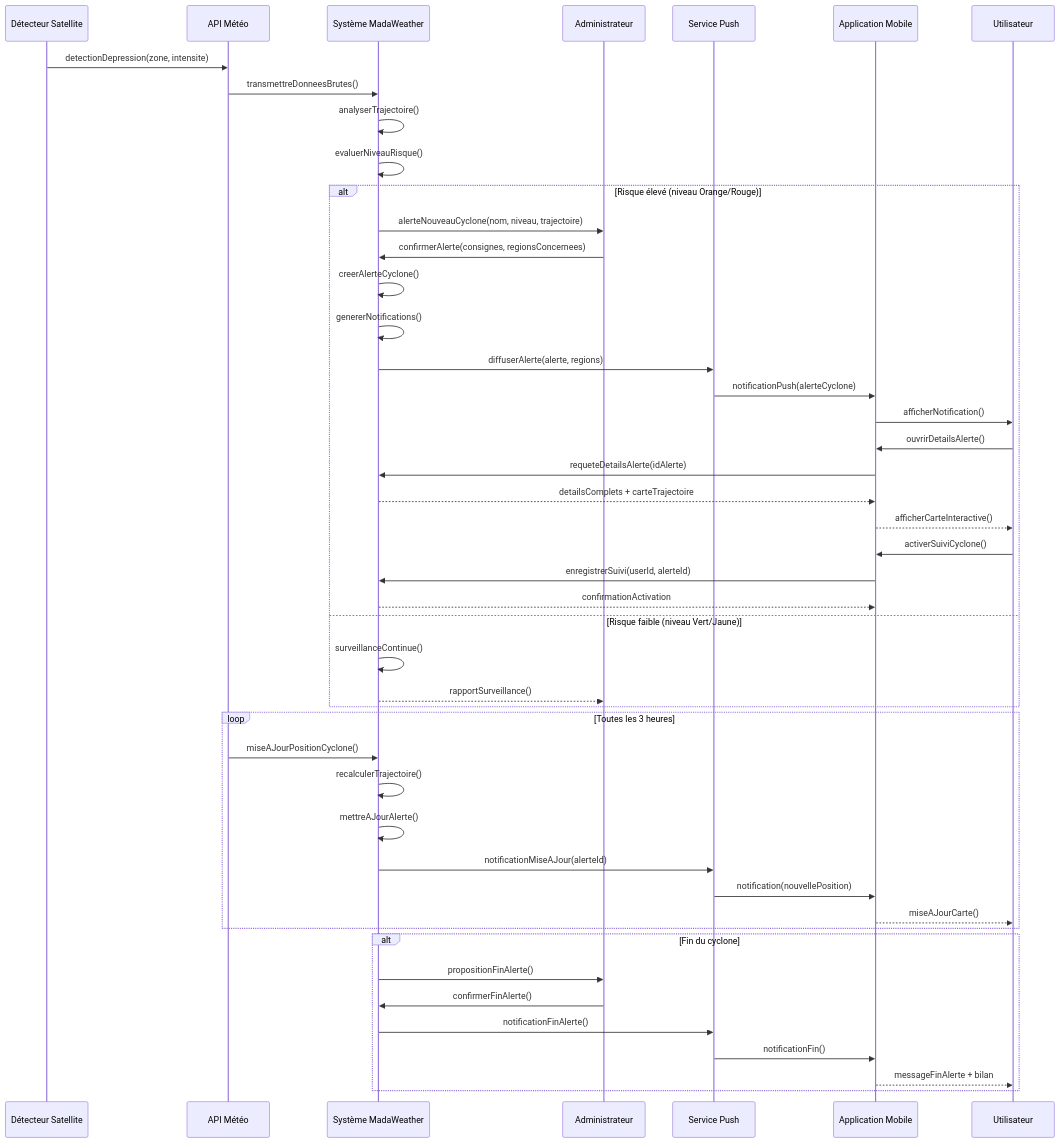
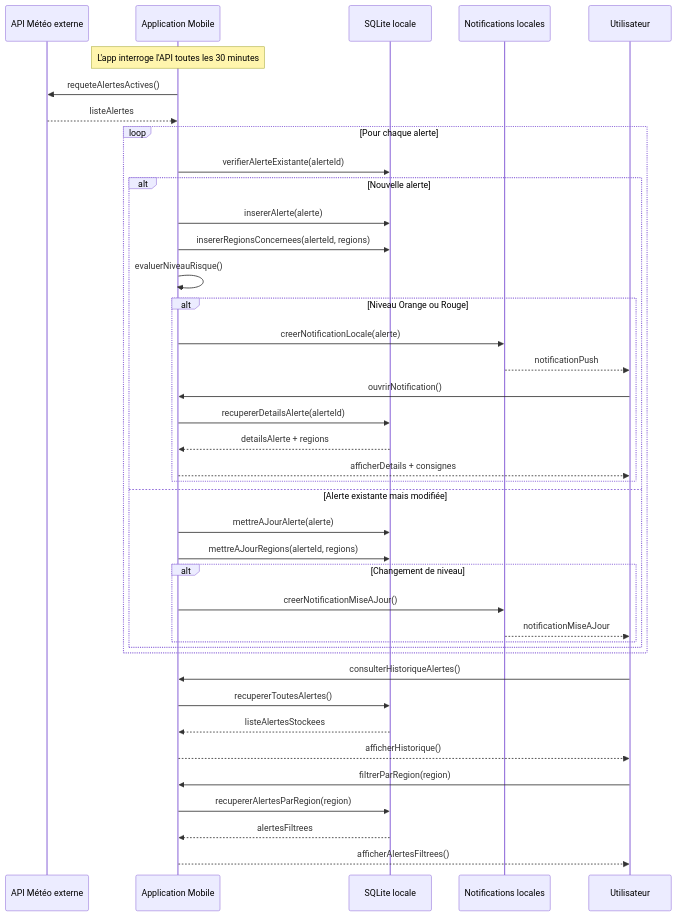
Before and after one commit to djenidisimple/meteoMada: the third of 5 diagrams in README.md, drawn with Mermaid. The commit also changed other lines of this file, not shown here.

````diff
--- a/README.md
+++ b/README.md
@@ -240,52 +189,50 @@
 ```mermaid
 sequenceDiagram
-    participant Satellite as Détecteur Satellite
-    participant API as API Météo
-    participant System as Système MadaWeather
-    participant Admin as Administrateur
-    participant Push as Service Push
+    participant API as API Météo externe
     participant App as Application Mobile
+    participant DB as SQLite locale
+    participant Push as Notifications locales
     participant User as Utilisateur
     
-    Satellite->>API: detectionDepression(zone, intensite)
-    API->>System: transmettreDonneesBrutes()
-    System->>System: analyserTrajectoire()
-    System->>System: evaluerNiveauRisque()
+    Note over App: L'app interroge l'API toutes les 30 minutes
     
-    alt Risque élevé (niveau Orange/Rouge)
-        System->>Admin: alerteNouveauCyclone(nom, niveau, trajectoire)
-        Admin->>System: confirmerAlerte(consignes, regionsConcernees)
-        System->>System: creerAlerteCyclone()
-        System->>System: genererNotifications()
-        System->>Push: diffuserAlerte(alerte, regions)
-        Push->>App: notificationPush(alerteCyclone)
-        App->>User: afficherNotification()
-        User->>App: ouvrirDetailsAlerte()
-        App->>System: requeteDetailsAlerte(idAlerte)
-        System-->>App: detailsComplets + carteTrajectoire
-        App-->>User: afficherCarteInteractive()
-        User->>App: activerSuiviCyclone()
-        App->>System: enregistrerSuivi(userId, alerteId)
-        System-->>App: confirmationActivation
-    else Risque faible (niveau Vert/Jaune)
-        System->>System: surveillanceContinue()
-        System-->>Admin: rapportSurveillance()
+    App->>API: requeteAlertesActives()
+    API-->>App: listeAlertes
+    
+    loop Pour chaque alerte
+        App->>DB: verifierAlerteExistante(alerteId)
+        
+        alt Nouvelle alerte
+            App->>DB: insererAlerte(alerte)
+            App->>DB: insererRegionsConcernees(alerteId, regions)
+            App->>App: evaluerNiveauRisque()
+            
+            alt Niveau Orange ou Rouge
+                App->>Push: creerNotificationLocale(alerte)
+                Push-->>User: notificationPush
+                User->>App: ouvrirNotification()
+                App->>DB: recupererDetailsAlerte(alerteId)
+                DB-->>App: detailsAlerte + regions
+                App-->>User: afficherDetails + consignes
+            end
+        else Alerte existante mais modifiée
+            App->>DB: mettreAJourAlerte(alerte)
+            App->>DB: mettreAJourRegions(alerteId, regions)
+            
+            alt Changement de niveau
+                App->>Push: creerNotificationMiseAJour()
+                Push-->>User: notificationMiseAJour
+            end
+        end
     end
     
-    loop Toutes les 3 heures
-        API->>System: miseAJourPositionCyclone()
-        System->>System: recalculerTrajectoire()
-        System->>System: mettreAJourAlerte()
-        System->>Push: notificationMiseAJour(alerteId)
-        Push->>App: notification(nouvellePosition)
-        App-->>User: miseAJourCarte()
-    end
+    User->>App: consulterHistoriqueAlertes()
+    App->>DB: recupererToutesAlertes()
+    DB-->>App: listeAlertesStockees
+    App-->>User: afficherHistorique()
     
-    alt Fin du cyclone
-        System->>Admin: propositionFinAlerte()
-        Admin->>System: confirmerFinAlerte()
-        System->>Push: notificationFinAlerte()
-        Push->>App: notificationFin()
-        App-->>User: messageFinAlerte + bilan
-    end
+    User->>App: filtrerParRegion(region)
+    App->>DB: recupererAlertesParRegion(region)
+    DB-->>App: alertesFiltrees
+    App-->>User: afficherAlertesFiltrees()
 ```
````
